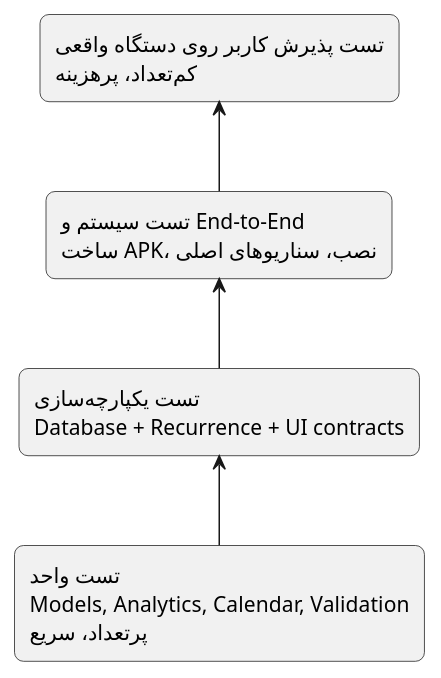
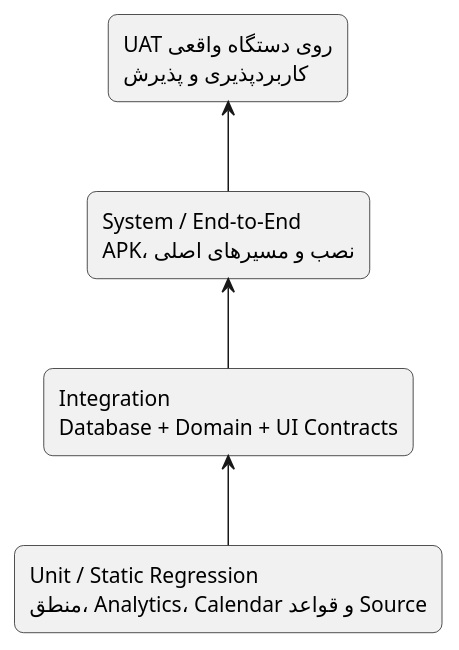
Before and after one commit to phoenix-0011/Daymark: the diagram in docs/05_testing_strategy.md, drawn with PlantUML. The commit also changed other lines of this file and 61 other files, not shown here.

````diff
--- a/docs/05_testing_strategy.md
+++ b/docs/05_testing_strategy.md
@@ -33,15 +88,15 @@
 ```plantuml
 @startuml
 skinparam rectangle {
   RoundCorner 12
 }
-rectangle "تست پذیرش کاربر روی دستگاه واقعی\nکم‌تعداد، پرهزینه" as UAT
-rectangle "تست سیستم و End-to-End\nساخت APK، نصب، سناریوهای اصلی" as E2E
-rectangle "تست یکپارچه‌سازی\nDatabase + Recurrence + UI contracts" as INT
-rectangle "تست واحد\nModels, Analytics, Calendar, Validation\nپرتعداد، سریع" as UNIT
+rectangle "UAT روی دستگاه واقعی\nکاربردپذیری و پذیرش" as UAT
+rectangle "System / End-to-End\nAPK، نصب و مسیرهای اصلی" as E2E
+rectangle "Integration\nDatabase + Domain + UI Contracts" as INT
+rectangle "Unit / Static Regression\nمنطق، Analytics، Calendar و قواعد Source" as UNIT
 
 UNIT -up-> INT
 INT -up-> E2E
 E2E -up-> UAT
 @enduml
 ```
````
